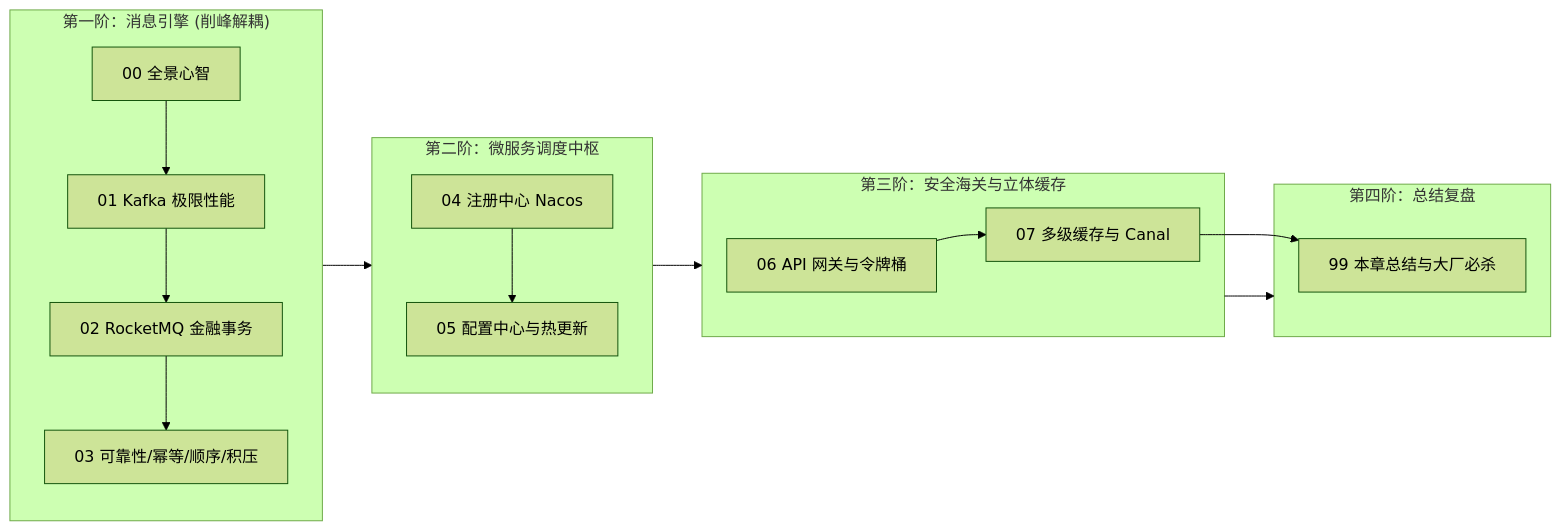
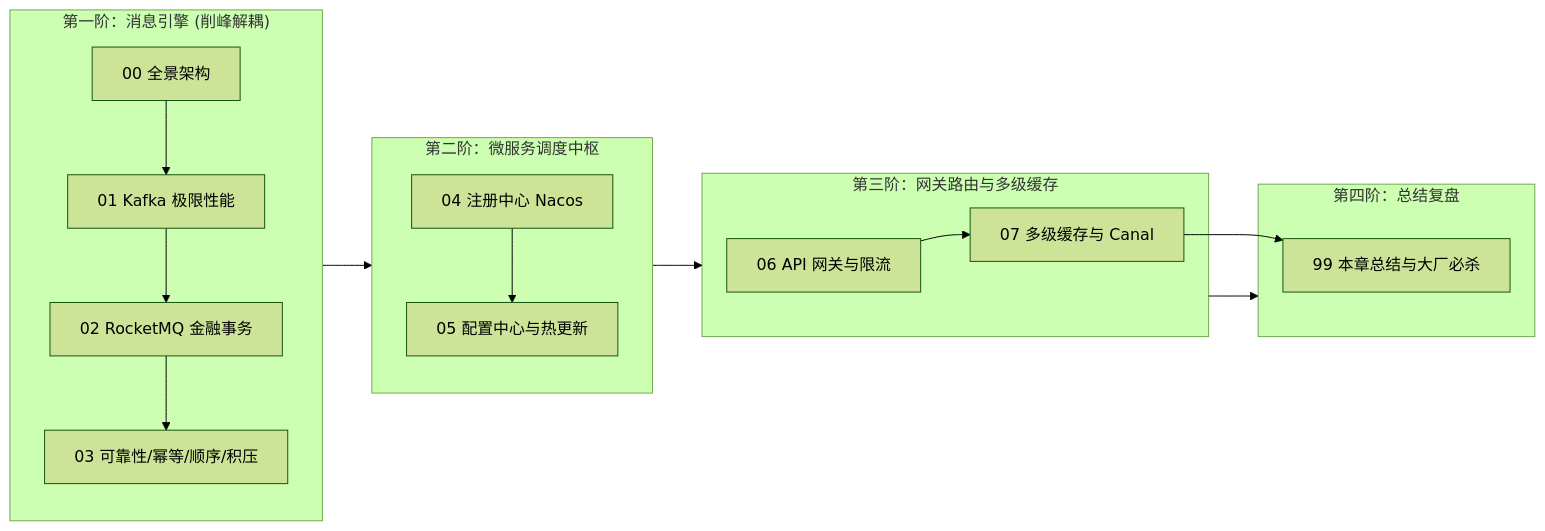
The diagram in 20-Java后端/06-中间件/_index.md (GuoWWWX/knowledge-base), drawn with Mermaid (forest theme) before and after one commit. The commit also changed other lines of this file and 234 other files, not shown here.

````diff
--- a/20-Java后端/06-中间件/_index.md
+++ b/20-Java后端/06-中间件/_index.md
@@ -32,22 +31,22 @@
 ```mermaid
 flowchart LR
     subgraph 阶梯1["第一阶：消息引擎 (削峰解耦)"]
-        M0["00 全景心智"] --> M1["01 Kafka 极限性能"]
+        M0["00 全景架构"] --> M1["01 Kafka 极限性能"]
         M1 --> M2["02 RocketMQ 金融事务"]
         M2 --> M3["03 可靠性/幂等/顺序/积压"]
     end
 
     subgraph 阶梯2["第二阶：微服务调度中枢"]
         M4["04 注册中心 Nacos"] --> M5["05 配置中心与热更新"]
     end
 
-    subgraph 阶梯3["第三阶：安全海关与立体缓存"]
-        M6["06 API 网关与令牌桶"] --> M7["07 多级缓存与 Canal"]
+    subgraph 阶梯3["第三阶：网关路由与多级缓存"]
+        M6["06 API 网关与限流"] --> M7["07 多级缓存与 Canal"]
     end
 
     subgraph 阶梯4["第四阶：总结复盘"]
         M7 --> M99["99 本章总结与大厂必杀"]
     end
 
     阶梯1 --> 阶梯2 --> 阶梯3 --> 阶梯4
 ```
````
